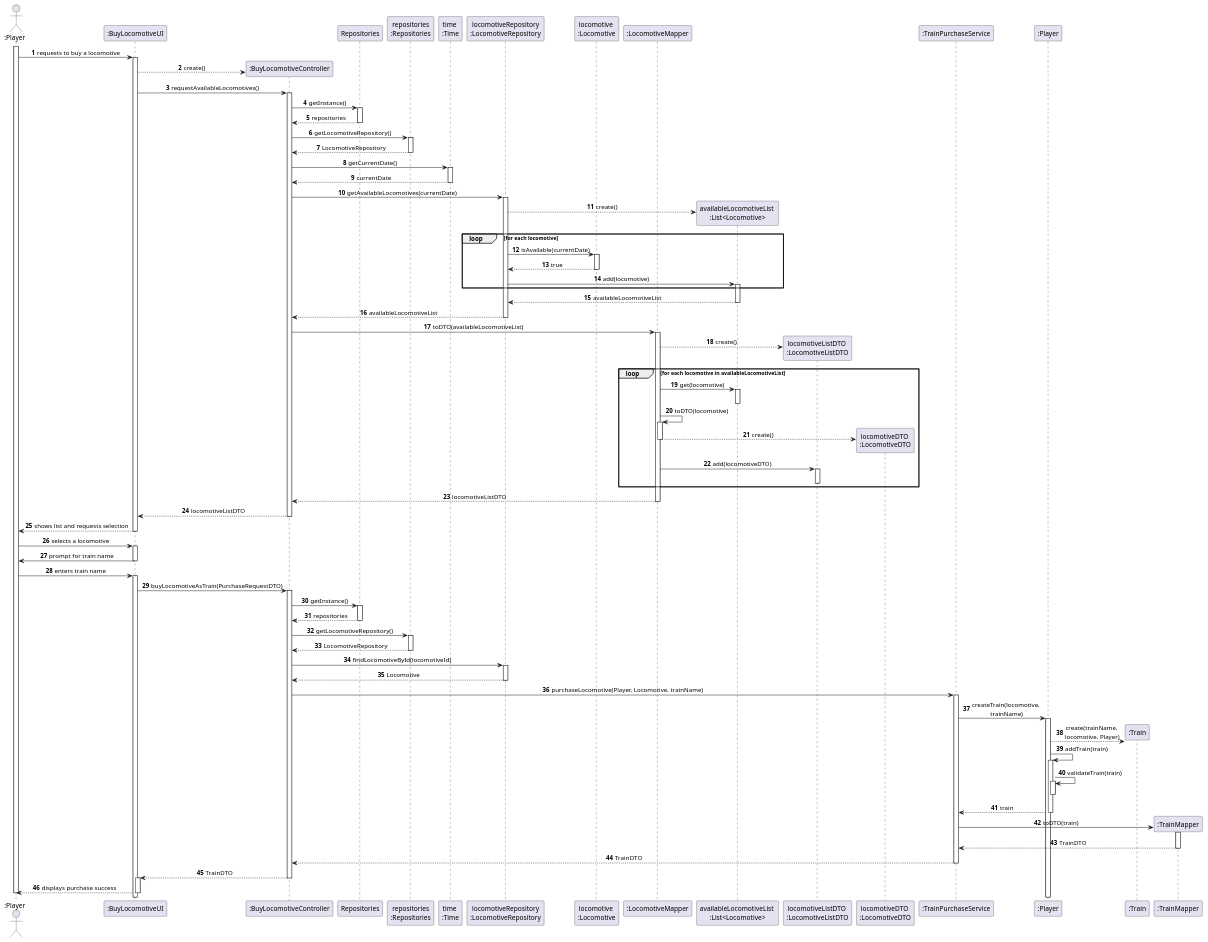
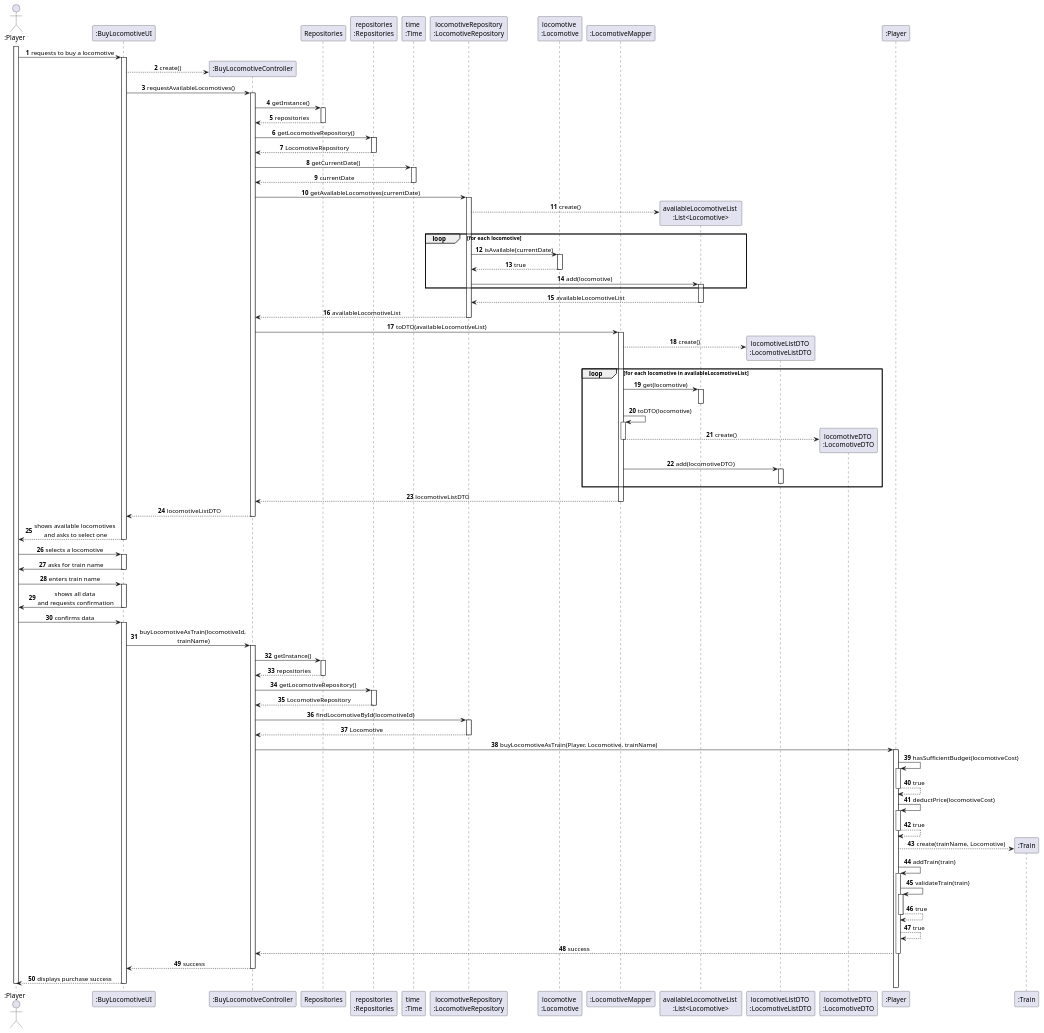
The diagram in docs/system-documentation/US009/03.design/puml/US009-SD-full.puml (1240826/empire-on-tracks), drawn with PlantUML before and after one commit. The commit also changed 3 other files, not shown here.

```diff
--- a/docs/system-documentation/US009/03.design/puml/US009-SD-full.puml
+++ b/docs/system-documentation/US009/03.design/puml/US009-SD-full.puml
@@ -1,154 +1,157 @@
 @startuml
 'skinparam monochrome true
 skinparam packageStyle rectangle
 skinparam shadowing false
 skinparam sequenceMessageAlign center
 
 autonumber
 
 actor ":Player" as PlayerActor
 participant ":BuyLocomotiveUI" as UI
 participant ":BuyLocomotiveController" as Controller
 participant "Repositories" as REPOS
 participant "repositories\n:Repositories" as REPOS_SINGLETON
 participant "time \n:Time" as Time
 participant "locomotiveRepository\n:LocomotiveRepository" as LOCO_REPO
 participant "locomotive \n:Locomotive" as Locomotive
 participant ":LocomotiveMapper" as LocoMapper
 participant "availableLocomotiveList \n:List<Locomotive>" as LocoList
 participant "locomotiveListDTO \n:LocomotiveListDTO" as LocoListDTO
 participant "locomotiveDTO \n:LocomotiveDTO" as LocoDTO
-participant ":TrainPurchaseService" as PurchaseService
 participant ":Player" as PlayerDomain
 
 activate PlayerActor
     PlayerActor -> UI : requests to buy a locomotive
     activate UI
 
         UI --> Controller** : create()
 
         UI -> Controller : requestAvailableLocomotives()
         activate Controller
 
             Controller -> REPOS : getInstance()
             activate REPOS
                 REPOS --> Controller : repositories
             deactivate REPOS
 
             Controller -> REPOS_SINGLETON : getLocomotiveRepository()
             activate REPOS_SINGLETON
                 REPOS_SINGLETON --> Controller : LocomotiveRepository
             deactivate REPOS_SINGLETON
 
             Controller -> Time : getCurrentDate()
             activate Time
             Time --> Controller : currentDate
             deactivate Time
 
             Controller -> LOCO_REPO : getAvailableLocomotives(currentDate)
             activate LOCO_REPO
                 LOCO_REPO --> LocoList ** : create()
                  loop for each locomotive
                         LOCO_REPO -> Locomotive : isAvailable(currentDate)
                         activate Locomotive
                             Locomotive --> LOCO_REPO : true
                         deactivate Locomotive
 
                             LOCO_REPO -> LocoList : add(locomotive)
                             activate LocoList
                         end
 
                     LocoList --> LOCO_REPO : availableLocomotiveList
                     deactivate LocoList
                 LOCO_REPO --> Controller : availableLocomotiveList
             deactivate LOCO_REPO
 
             Controller -> LocoMapper : toDTO(availableLocomotiveList)
             activate LocoMapper
             LocoMapper --> LocoListDTO** : create()
                 loop for each locomotive in availableLocomotiveList
                     LocoMapper -> LocoList : get(locomotive)
                     activate LocoList
                     deactivate LocoList
 
                     LocoMapper -> LocoMapper : toDTO(locomotive)
                                         activate LocoMapper
                                         LocoMapper --> LocoDTO** : create()
                                         deactivate LocoMapper
                     LocoMapper -> LocoListDTO : add(locomotiveDTO)
                     activate LocoListDTO
                     deactivate LocoListDTO
                 end
                 LocoMapper --> Controller : locomotiveListDTO
             deactivate LocoMapper
 
             Controller --> UI : locomotiveListDTO
         deactivate Controller
 
-        UI --> PlayerActor : shows list and requests selection
+        UI --> PlayerActor : shows available locomotives \nand asks to select one
     deactivate UI
 
 PlayerActor -> UI : selects a locomotive
 activate UI
-    UI -> PlayerActor : prompt for train name
+    UI -> PlayerActor : asks for train name
 deactivate UI
 
 PlayerActor -> UI : enters train name
 activate UI
+    UI -> PlayerActor : shows all data \nand requests confirmation
+deactivate UI
 
-    UI -> Controller : buyLocomotiveAsTrain(PurchaseRequestDTO)
+PlayerActor -> UI : confirms data
+activate UI
+    UI -> Controller : buyLocomotiveAsTrain(locomotiveId,\n trainName)
     activate Controller
 
         Controller -> REPOS : getInstance()
         activate REPOS
             REPOS --> Controller : repositories
         deactivate REPOS
 
         Controller -> REPOS_SINGLETON : getLocomotiveRepository()
         activate REPOS_SINGLETON
             REPOS_SINGLETON --> Controller : LocomotiveRepository
         deactivate REPOS_SINGLETON
 
         Controller -> LOCO_REPO : findLocomotiveById(locomotiveId)
         activate LOCO_REPO
             LOCO_REPO --> Controller : Locomotive
         deactivate LOCO_REPO
 
-        Controller -> PurchaseService : purchaseLocomotive(Player, Locomotive, trainName)
-        activate PurchaseService
-
-            PurchaseService -> PlayerDomain : createTrain(locomotive, \ntrainName)
+        Controller -> PlayerDomain : buyLocomotiveAsTrain(Player, Locomotive, trainName)
             activate PlayerDomain
 
+            PlayerDomain -> PlayerDomain : hasSufficientBudget(locomotiveCost)
+            activate PlayerDomain
+            PlayerDomain --> PlayerDomain : true
+            deactivate PlayerDomain
+
+            PlayerDomain -> PlayerDomain : deductPrice(locomotiveCost)
+                        activate PlayerDomain
+                        PlayerDomain --> PlayerDomain : true
+                        deactivate PlayerDomain
+
                 create ":Train" as Train
-                PlayerDomain --> Train : create(trainName, \nlocomotive, Player)
+                PlayerDomain --> Train : create(trainName, Locomotive)
 
 
                 PlayerDomain -> PlayerDomain : addTrain(train)
                 activate PlayerDomain
                 PlayerDomain -> PlayerDomain : validateTrain(train)
                                 activate PlayerDomain
+                PlayerDomain --> PlayerDomain : true
+                deactivate PlayerDomain
+                PlayerDomain --> PlayerDomain : true
+                PlayerDomain --> Controller : success
+                                deactivate PlayerDomain
 
-                deactivate PlayerDomain
 
-                PlayerDomain --> PurchaseService : train
-            deactivate PlayerDomain
 
-            create ":TrainMapper" as TrainMapper
-            PurchaseService -> TrainMapper : toDTO(train)
-            activate TrainMapper
-                TrainMapper --> PurchaseService : TrainDTO
-            deactivate TrainMapper
 
-            PurchaseService --> Controller : TrainDTO
-        deactivate PurchaseService
-
-    Controller --> UI : TrainDTO
+    Controller --> UI : success
     deactivate Controller
-    activate UI
 
     UI --> PlayerActor : displays purchase success
 deactivate UI
 deactivate PlayerActor
 
 @enduml
```
